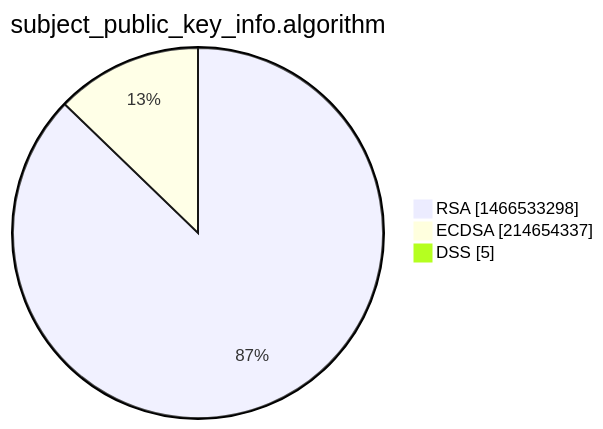
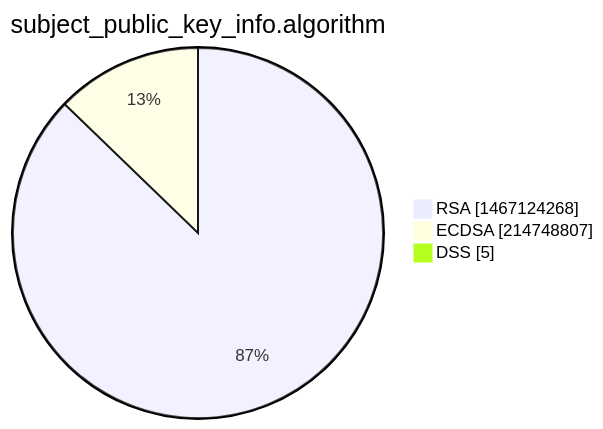
The third of 15 diagrams in xenon2022/README.md (christiankrug/ctmonitor_visualization), drawn with Mermaid before and after one commit. The commit also changed other lines of this file, not shown here.

````diff
--- a/xenon2022/README.md
+++ b/xenon2022/README.md
@@ -14,7 +14,7 @@
 ```mermaid
 pie showData
 title subject_public_key_info.algorithm
-"RSA" :1466533298
-"ECDSA" :214654337
+"RSA" :1467124268
+"ECDSA" :214748807
 "DSS" :5
 ```
````
